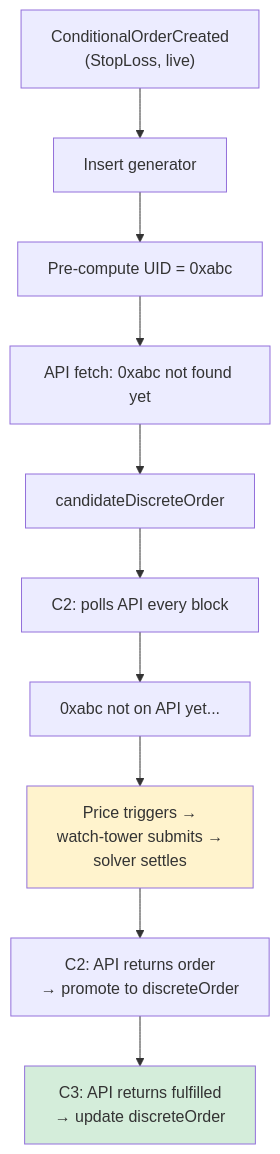
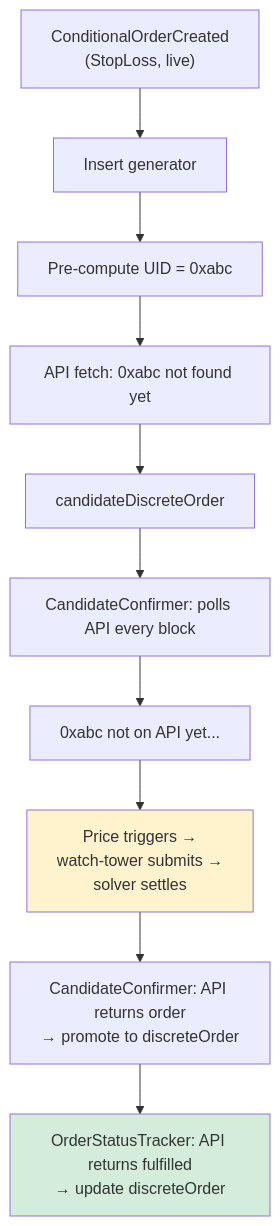
One commit to bleu/cow-programmatic-orders-api changed the fifth of 7 diagrams in agent_docs/m3-orderbook-integration-flow.md. Above: the diagram before and after it, drawn with Mermaid. The commit also changed other lines of this file and 12 other files, not shown here.

````diff
--- a/agent_docs/m3-orderbook-integration-flow.md
+++ b/agent_docs/m3-orderbook-integration-flow.md
@@ -555,16 +555,16 @@
 ```mermaid
 flowchart TD
     E["ConditionalOrderCreated<br/>(StopLoss, live)"] --> G["Insert generator"]
     G --> Pre["Pre-compute UID = 0xabc"]
     Pre --> API["API fetch: 0xabc not found yet"]
     API --> Cand["candidateDiscreteOrder"]
 
-    Cand --> C2["C2: polls API every block"]
-    C2 --> Wait["0xabc not on API yet..."]
+    Cand --> CandidateConfirmer["CandidateConfirmer: polls API every block"]
+    CandidateConfirmer --> Wait["0xabc not on API yet..."]
     Wait --> Trigger["Price triggers →<br/>watch-tower submits →<br/>solver settles"]
-    Trigger --> Promoted["C2: API returns order<br/>→ promote to discreteOrder"]
-    Promoted --> Fulfilled["C3: API returns fulfilled<br/>→ update discreteOrder"]
+    Trigger --> Promoted["CandidateConfirmer: API returns order<br/>→ promote to discreteOrder"]
+    Promoted --> Fulfilled["OrderStatusTracker: API returns fulfilled<br/>→ update discreteOrder"]
 
     style Trigger fill:#fff3cd
     style Fulfilled fill:#d4edda
 ```
````
